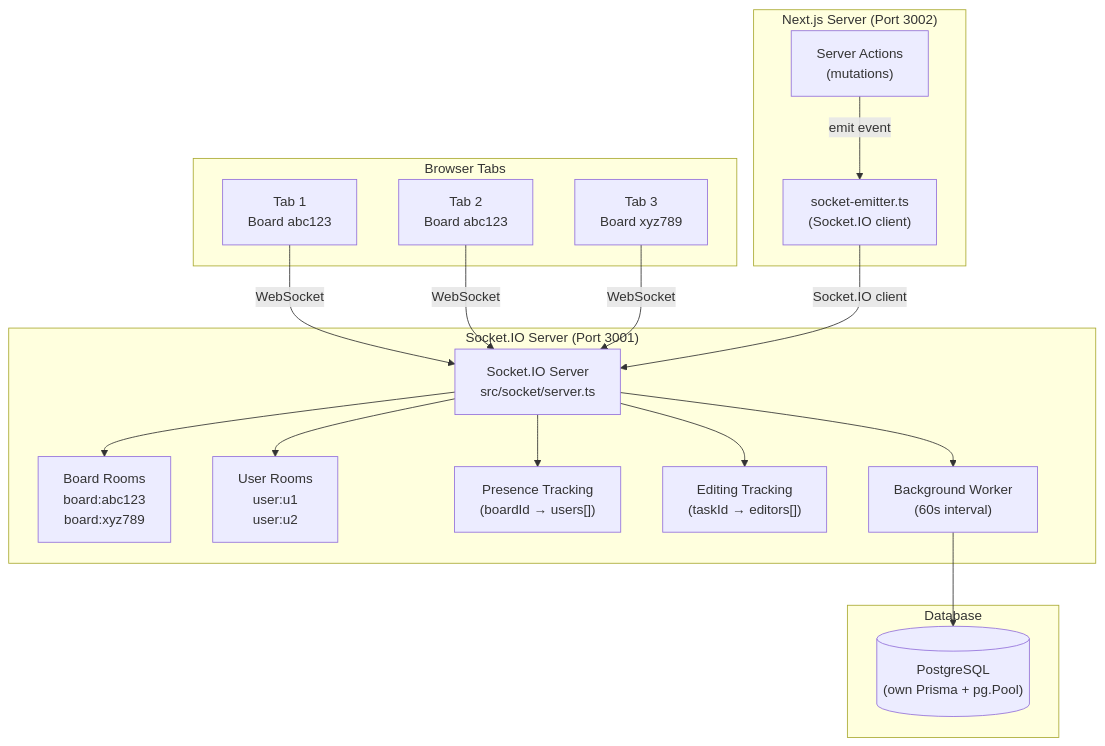
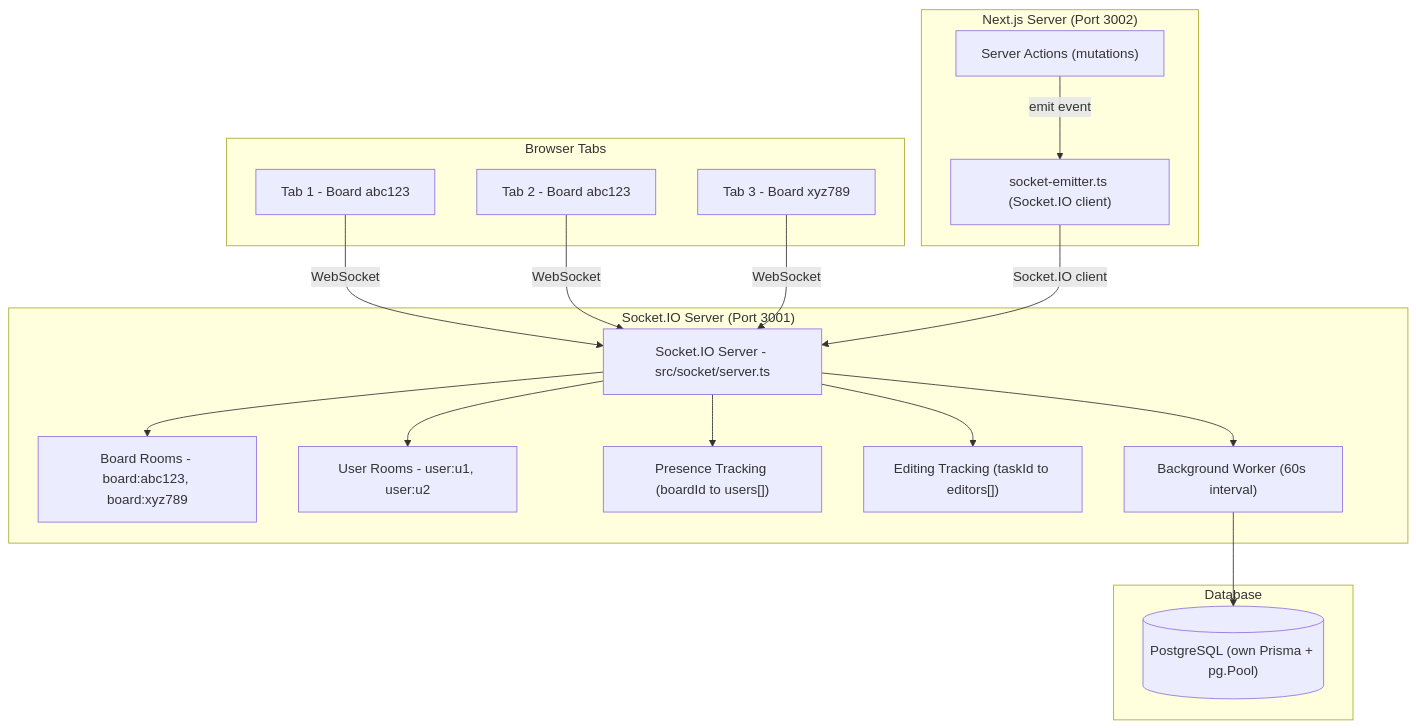
The first of 8 diagrams in docs/07-real-time-sockets.md (asefahmed500/Smart-Task-App_IIT_DU_Final_Project), drawn with Mermaid before and after one commit. The commit also changed other lines of this file and 8 other files, not shown here.

Commit message:
fix: remove br tags from mermaid diagrams for GitHub rendering

````diff
--- a/docs/07-real-time-sockets.md
+++ b/docs/07-real-time-sockets.md
@@ -26,39 +26,39 @@
 ```mermaid
 graph TB
     subgraph "Browser Tabs"
-        TAB1["Tab 1<br/>Board abc123"]
-        TAB2["Tab 2<br/>Board abc123"]
-        TAB3["Tab 3<br/>Board xyz789"]
+        TAB1["Tab 1 - Board abc123"]
+        TAB2["Tab 2 - Board abc123"]
+        TAB3["Tab 3 - Board xyz789"]
     end
 
     subgraph "Next.js Server (Port 3002)"
-        ACTIONS["Server Actions<br/>(mutations)"]
-        EMITTER["socket-emitter.ts<br/>(Socket.IO client)"]
+        ACTIONS["Server Actions (mutations)"]
+        EMITTER["socket-emitter.ts (Socket.IO client)"]
     end
 
     subgraph "Socket.IO Server (Port 3001)"
-        IO["Socket.IO Server<br/>src/socket/server.ts"]
-        ROOMS["Board Rooms<br/>board:abc123<br/>board:xyz789"]
-        USER_ROOMS["User Rooms<br/>user:u1<br/>user:u2"]
-        PRESENCE_MAP["Presence Tracking<br/>(boardId → users[])"]
-        EDITING_MAP["Editing Tracking<br/>(taskId → editors[])"]
-        WORKER["Background Worker<br/>(60s interval)"]
+        IO["Socket.IO Server - src/socket/server.ts"]
+        ROOMS["Board Rooms - board:abc123, board:xyz789"]
+        USER_ROOMS["User Rooms - user:u1, user:u2"]
+        PRESENCE_MAP["Presence Tracking (boardId to users[])"]
+        EDITING_MAP["Editing Tracking (taskId to editors[])"]
+        WORKER["Background Worker (60s interval)"]
     end
 
     subgraph "Database"
-        DB[("PostgreSQL<br/>(own Prisma + pg.Pool)")]
+        DB[("PostgreSQL (own Prisma + pg.Pool)")]
     end
 
     TAB1 -->|"WebSocket"| IO
     TAB2 -->|"WebSocket"| IO
     TAB3 -->|"WebSocket"| IO
     ACTIONS -->|"emit event"| EMITTER
     EMITTER -->|"Socket.IO client"| IO
 
     IO --> ROOMS
     IO --> USER_ROOMS
     IO --> PRESENCE_MAP
     IO --> EDITING_MAP
     IO --> WORKER
     WORKER --> DB
 ```
````
